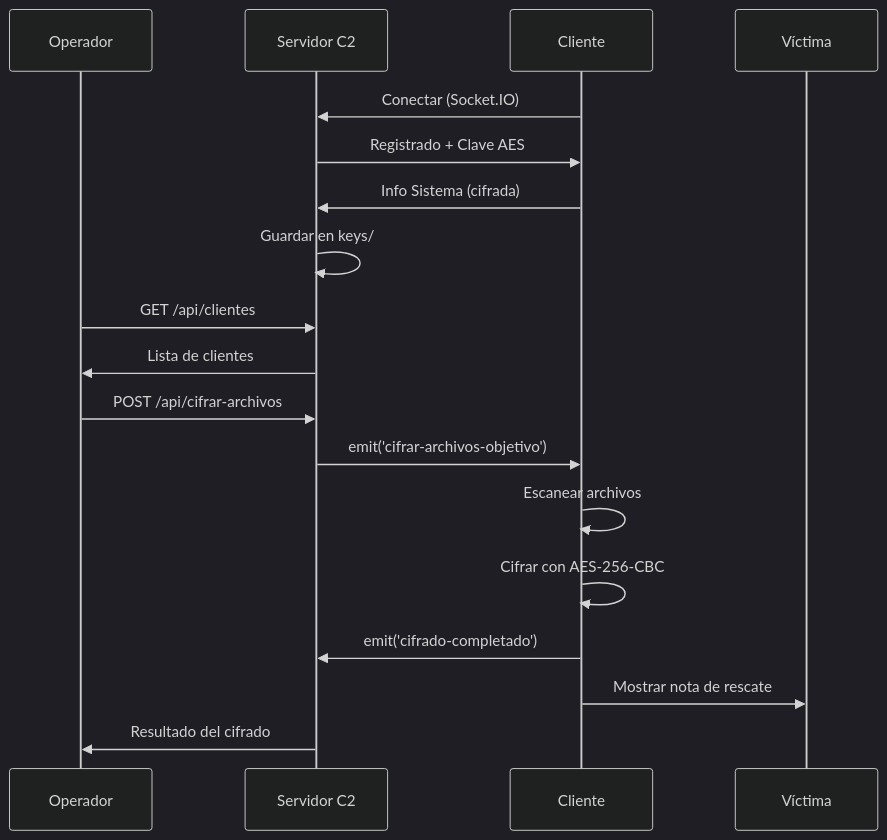
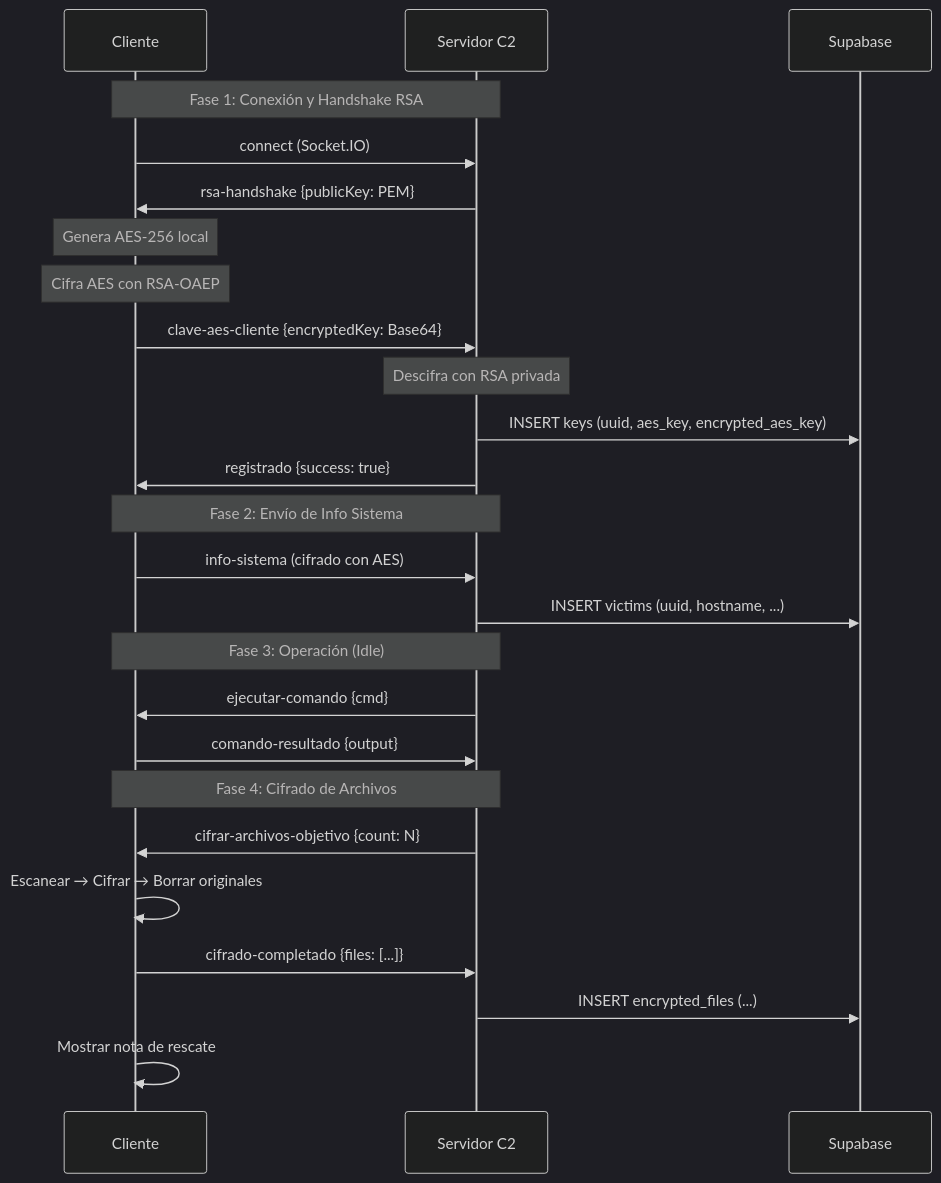
Before and after one commit to Jeidendk/Proyectoseguridad: the second of 2 diagrams in MANUAL_TECNICO.md, drawn with Mermaid (dark theme). The commit also changed other lines of this file and 2 other files, not shown here.

Commit message:
docs: Update all documentation with RSA hybrid encryption and current features

````diff
--- a/MANUAL_TECNICO.md
+++ b/MANUAL_TECNICO.md
@@ -51,23 +59,34 @@
 ```mermaid
 sequenceDiagram
-    participant O as Operador
+    participant C as Cliente
     participant S as Servidor C2
-    participant C as Cliente
-    participant V as Víctima
+    participant DB as Supabase
     
-    C->>S: Conectar (Socket.IO)
-    S->>C: Registrado + Clave AES
-    C->>S: Info Sistema (cifrada)
-    S->>S: Guardar en keys/
+    Note over C,S: Fase 1: Conexión y Handshake RSA
+    C->>S: connect (Socket.IO)
+    S->>C: rsa-handshake {publicKey: PEM}
     
-    O->>S: GET /api/clientes
-    S->>O: Lista de clientes
+    Note over C: Genera AES-256 local
+    Note over C: Cifra AES con RSA-OAEP
     
-    O->>S: POST /api/cifrar-archivos
-    S->>C: emit('cifrar-archivos-objetivo')
-    C->>C: Escanear archivos
-    C->>C: Cifrar con AES-256-CBC
-    C->>S: emit('cifrado-completado')
-    C->>V: Mostrar nota de rescate
-    S->>O: Resultado del cifrado
+    C->>S: clave-aes-cliente {encryptedKey: Base64}
+    
+    Note over S: Descifra con RSA privada
+    S->>DB: INSERT keys (uuid, aes_key, encrypted_aes_key)
+    S->>C: registrado {success: true}
+    
+    Note over C,S: Fase 2: Envío de Info Sistema
+    C->>S: info-sistema (cifrado con AES)
+    S->>DB: INSERT victims (uuid, hostname, ...)
+    
+    Note over C,S: Fase 3: Operación (Idle)
+    S->>C: ejecutar-comando {cmd}
+    C->>S: comando-resultado {output}
+    
+    Note over C,S: Fase 4: Cifrado de Archivos
+    S->>C: cifrar-archivos-objetivo {count: N}
+    C->>C: Escanear → Cifrar → Borrar originales
+    C->>S: cifrado-completado {files: [...]}
+    S->>DB: INSERT encrypted_files (...)
+    C->>C: Mostrar nota de rescate
 ```
````
